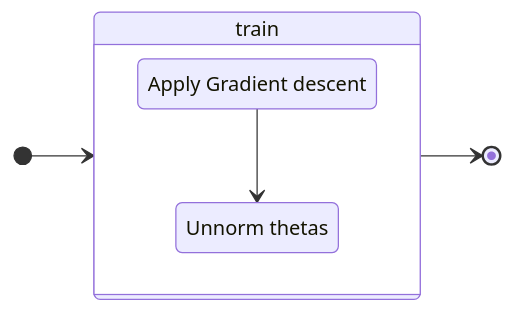
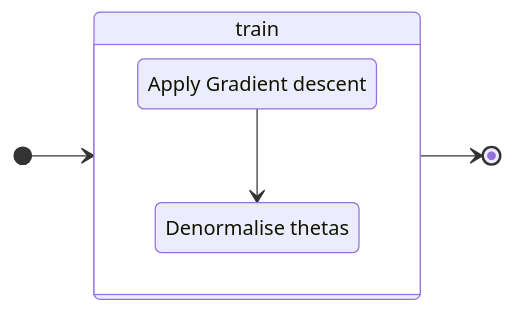
One commit to farinaleo/linear_regression changed the fourth of 4 diagrams in README.md. Above: the diagram before and after it, drawn with Mermaid. The commit also changed other lines of this file, not shown here.

Commit message:
:memo: add the denormalise part

````diff
--- a/README.md
+++ b/README.md
@@ -84,12 +84,12 @@
 ```mermaid
 stateDiagram
     direction LR
     state train {
         direction TB
             T_step1:Apply Gradient descent
-            T_step2:Unnorm thetas
+            T_step2:Denormalise thetas
             T_step1 --> T_step2
     }  
     [*] --> train
     train --> [*]
 ```
````
